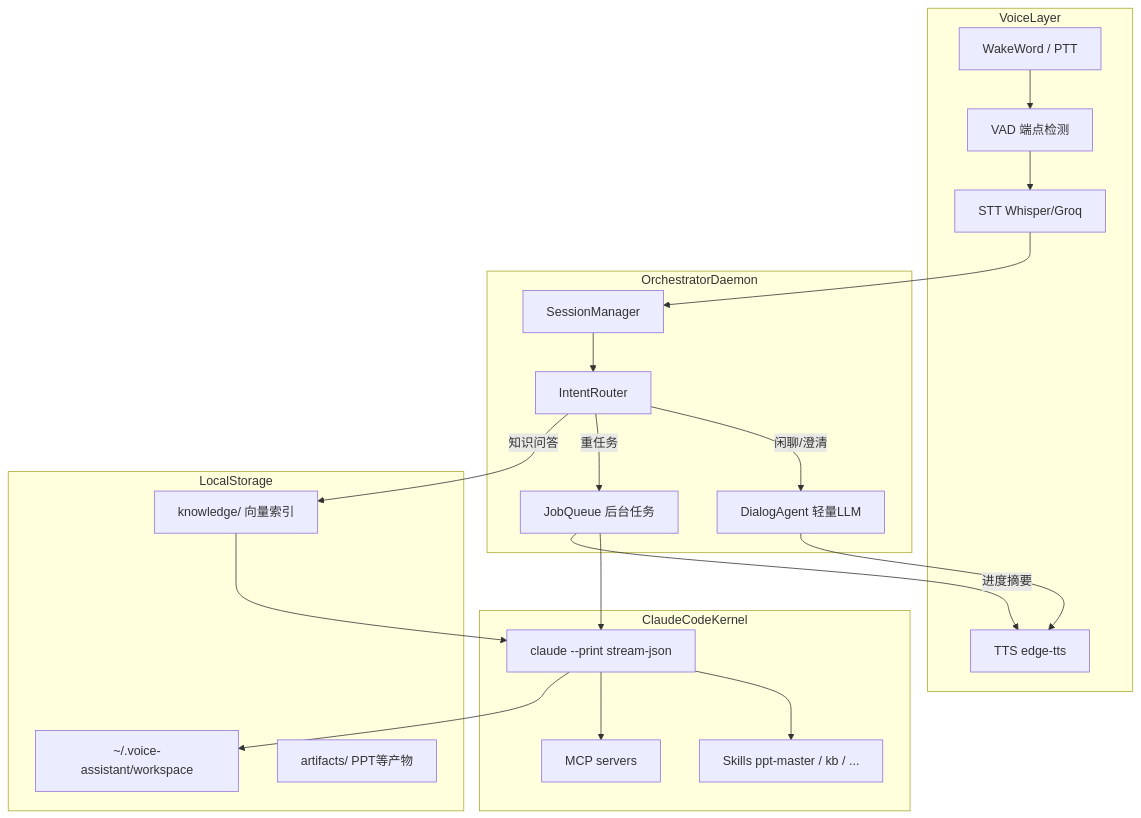
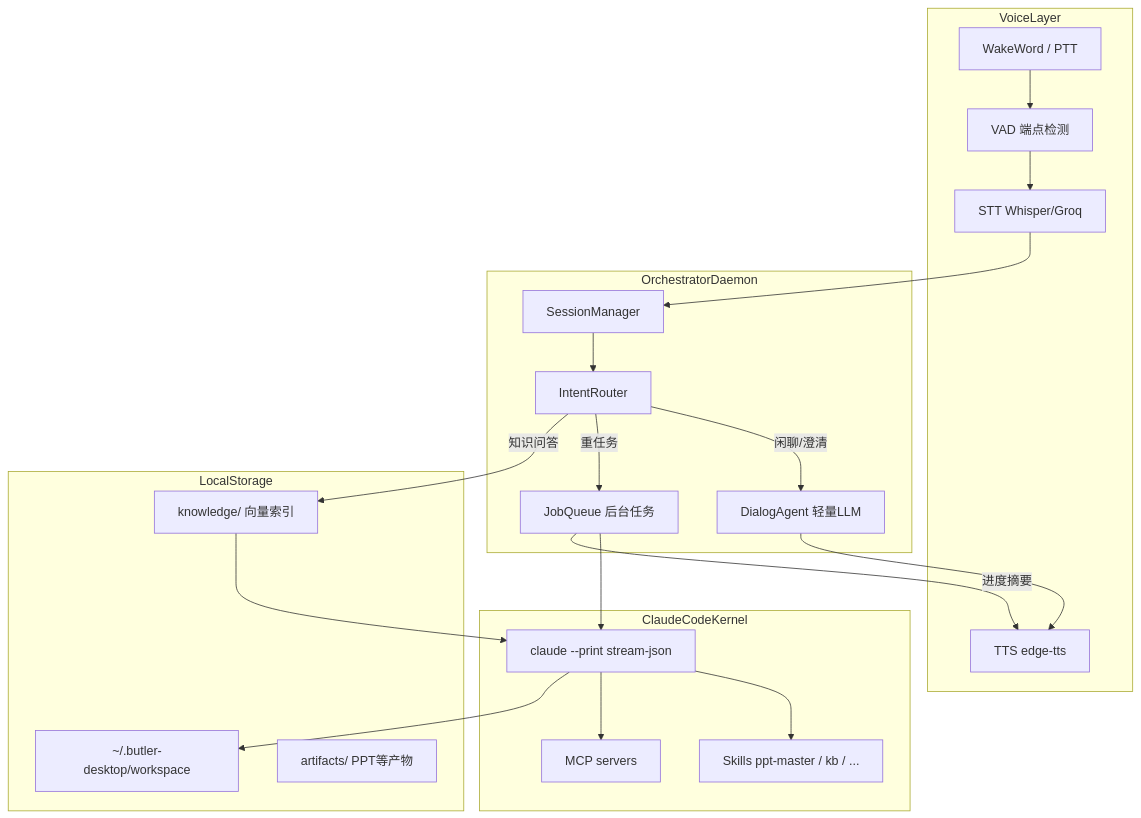
The first of 5 diagrams in README.md (CallStorm/butler-desktop), drawn with Mermaid before and after one commit. The commit also changed other lines of this file, not shown here.

Commit message:
docs: rename voice-assistant to butler-desktop in README

````diff
--- a/README.md
+++ b/README.md
@@ -33,41 +33,41 @@
 ```mermaid
 flowchart TB
   subgraph voiceLayer [VoiceLayer]
     Wake["WakeWord / PTT"]
     VAD["VAD 端点检测"]
     STT["STT Whisper/Groq"]
     TTS["TTS edge-tts"]
   end
 
   subgraph orchestrator [OrchestratorDaemon]
     Session["SessionManager"]
     Router["IntentRouter"]
     Dialog["DialogAgent 轻量LLM"]
     JobQueue["JobQueue 后台任务"]
   end
 
   subgraph kernel [ClaudeCodeKernel]
     CC["claude --print stream-json"]
     Skills["Skills ppt-master / kb / ..."]
     MCP["MCP servers"]
   end
 
   subgraph storage [LocalStorage]
-    Workspace["~/.voice-assistant/workspace"]
+    Workspace["~/.butler-desktop/workspace"]
     KB["knowledge/ 向量索引"]
     Artifacts["artifacts/ PPT等产物"]
   end
 
   Wake --> VAD --> STT --> Session
   Session --> Router
   Router -->|闲聊/澄清| Dialog
   Router -->|重任务| JobQueue
   Router -->|知识问答| KB
   Dialog --> TTS
   JobQueue --> CC
   CC --> Skills
   CC --> MCP
   CC --> Workspace
   KB --> CC
   JobQueue -->|进度摘要| TTS
 ```
````
